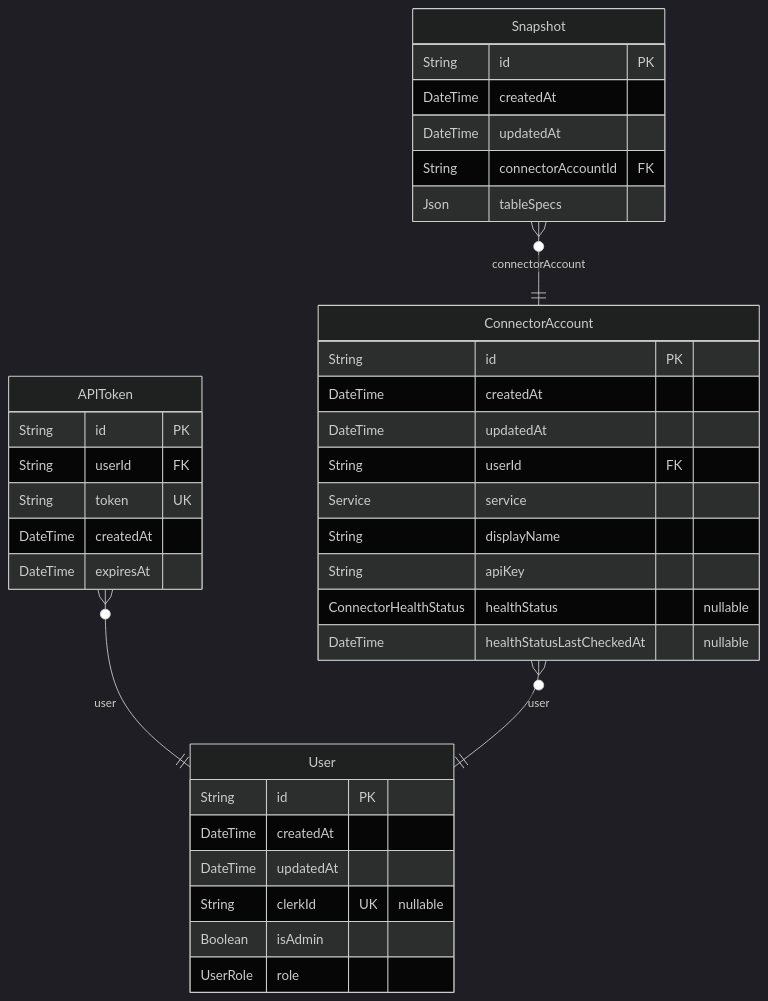
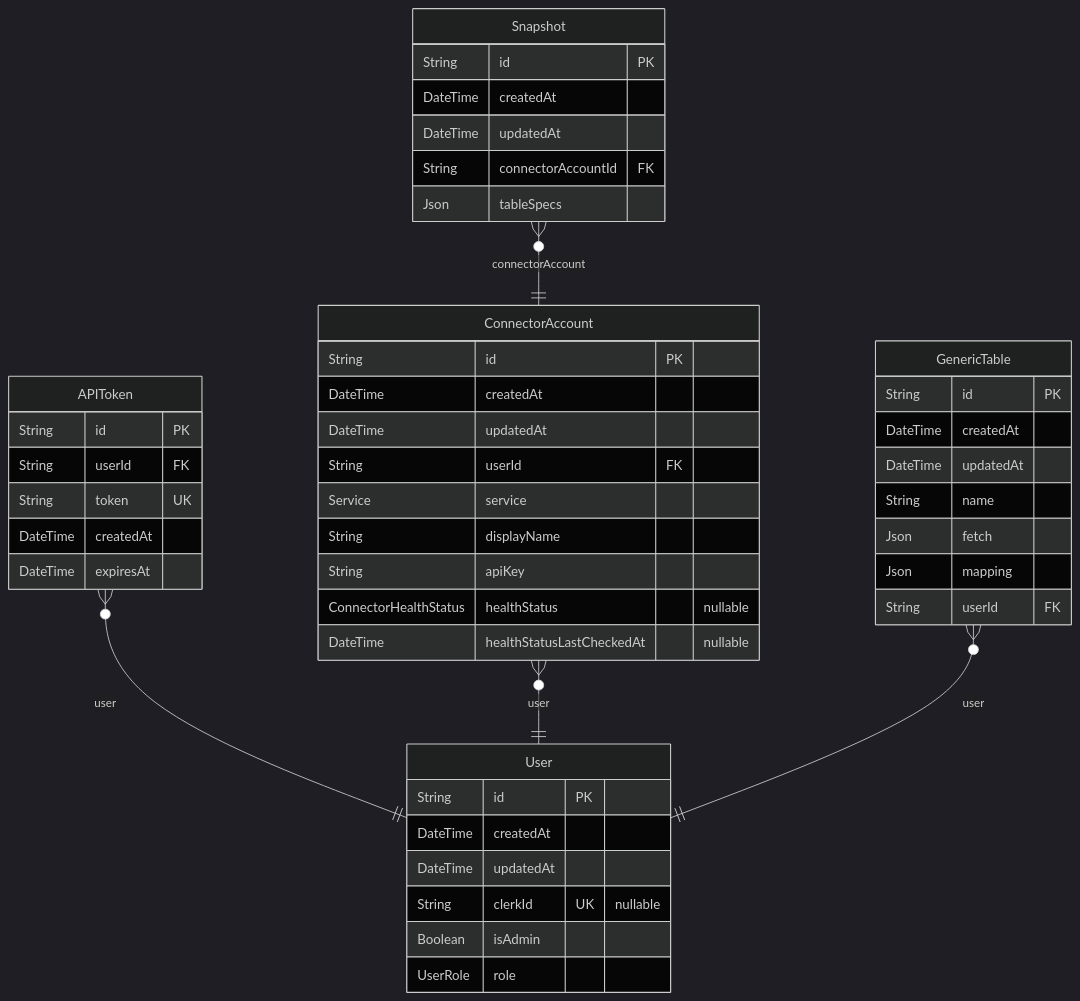
One commit to whalesync/scratch-cli changed the diagram in server/prisma/ERD.md. Above: the diagram before and after it, drawn with Mermaid (dark theme). The commit also changed other lines of this file and 24 other files, not shown here.

````diff
--- a/server/prisma/ERD.md
+++ b/server/prisma/ERD.md
@@ -9,39 +9,49 @@
 ```mermaid
 erDiagram
 "User" {
   String id PK
   DateTime createdAt
   DateTime updatedAt
   String clerkId UK "nullable"
   Boolean isAdmin
   UserRole role
 }
 "APIToken" {
   String id PK
   String userId FK
   String token UK
   DateTime createdAt
   DateTime expiresAt
 }
 "ConnectorAccount" {
   String id PK
   DateTime createdAt
   DateTime updatedAt
   String userId FK
   Service service
   String displayName
   String apiKey
   ConnectorHealthStatus healthStatus "nullable"
   DateTime healthStatusLastCheckedAt "nullable"
 }
 "Snapshot" {
   String id PK
   DateTime createdAt
   DateTime updatedAt
   String connectorAccountId FK
   Json tableSpecs
 }
+"GenericTable" {
+  String id PK
+  DateTime createdAt
+  DateTime updatedAt
+  String name
+  Json fetch
+  Json mapping
+  String userId FK
+}
 "APIToken" }o--|| "User" : user
 "ConnectorAccount" }o--|| "User" : user
 "Snapshot" }o--|| "ConnectorAccount" : connectorAccount
+"GenericTable" }o--|| "User" : user
 ```
````
